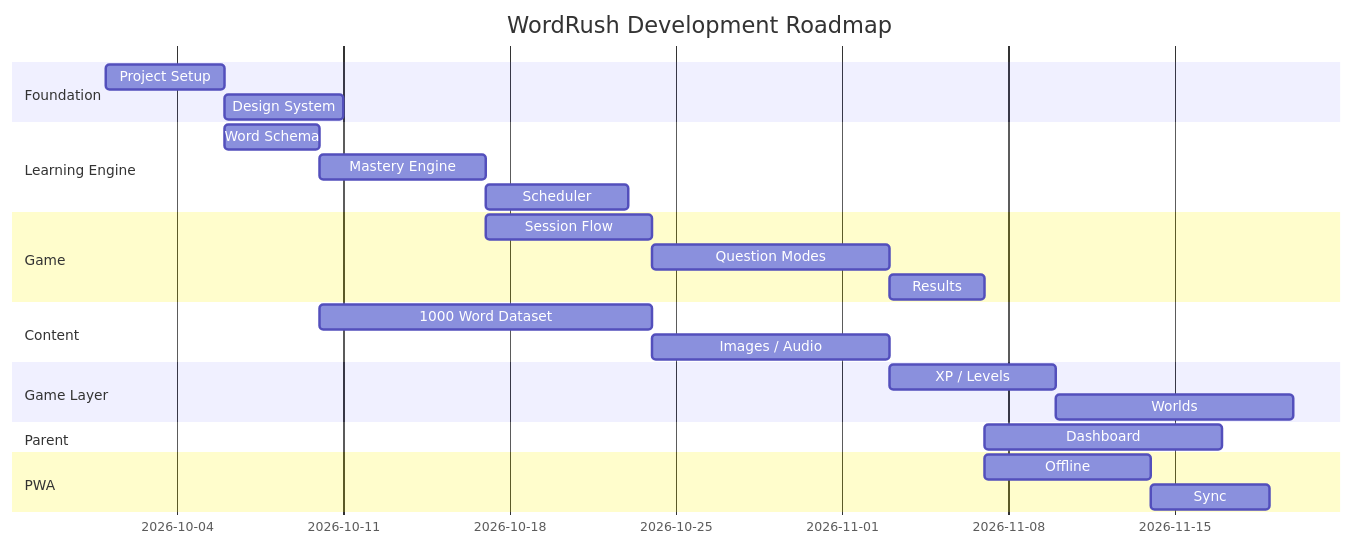
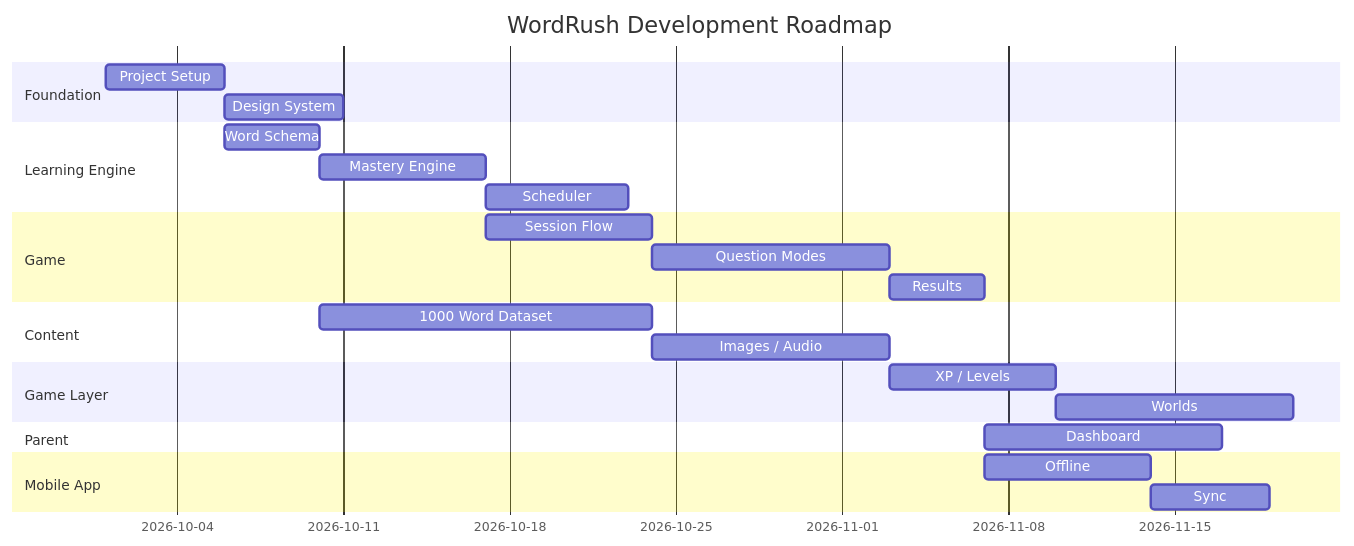
One commit to Yonicks/WordRush changed diagram 16 of 25 in wordrush-full-product-technical-plan-v2.md. Above: the diagram before and after it, drawn with Mermaid. The commit also changed other lines of this file, not shown here.

````diff
--- a/wordrush-full-product-technical-plan-v2.md
+++ b/wordrush-full-product-technical-plan-v2.md
@@ -1959,34 +1960,34 @@
 ```mermaid
 gantt
     title WordRush Development Roadmap
     dateFormat  YYYY-MM-DD
 
     section Foundation
     Project Setup              :a1, 2026-10-01, 5d
     Design System              :a2, after a1, 5d
 
     section Learning Engine
     Word Schema                :b1, after a1, 4d
     Mastery Engine             :b2, after b1, 7d
     Scheduler                  :b3, after b2, 6d
 
     section Game
     Session Flow               :c1, after b2, 7d
     Question Modes             :c2, after c1, 10d
     Results                    :c3, after c2, 4d
 
     section Content
     1000 Word Dataset          :d1, after b1, 14d
     Images / Audio             :d2, after d1, 10d
 
     section Game Layer
     XP / Levels                :e1, after c2, 7d
     Worlds                     :e2, after e1, 10d
 
     section Parent
     Dashboard                  :f1, after c3, 10d
 
-    section PWA
+    section Mobile App
     Offline                    :g1, after c3, 7d
     Sync                       :g2, after g1, 5d
 ```
````
